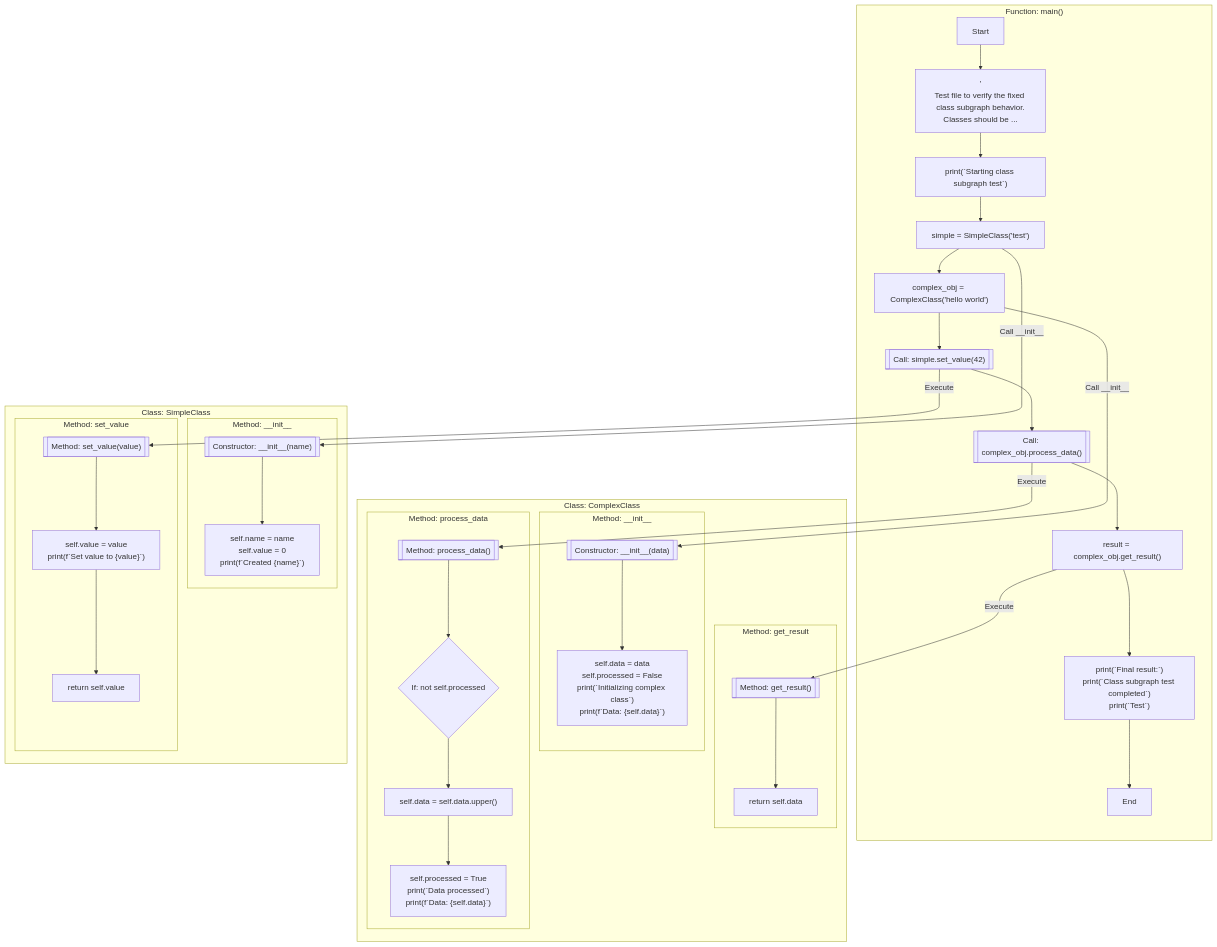
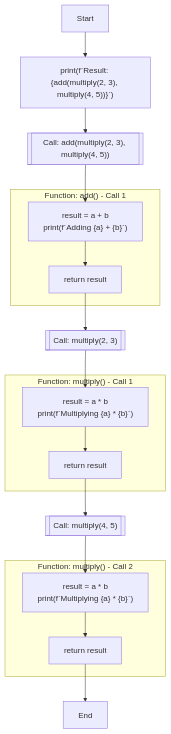
One commit to Leonardo8133/flowchart-machine changed the diagram in flowchart/temp/flowchart.mmd. Above: the diagram before and after it, drawn with Mermaid. The commit also changed 7 other files, not shown here.

Commit message:
Build v0.67 - Add recursion and print complex cases

```diff
--- a/flowchart/temp/flowchart.mmd
+++ b/flowchart/temp/flowchart.mmd
@@ -1,85 +1,40 @@
 graph TD
 	start1[Start]
 	end2[End]
-	expr3["'\nTest file to verify the fixed class subgraph behavior.\nClasses should be ..."]
-	print6["print(`Starting class subgraph test`)"]
-	assign7["simple = SimpleClass('test')"]
-	method___init__8[["Constructor: __init__(name)"]]
-	assign9["self.name = name\nself.value = 0\nprint(f`Created {name}`)"]
-	assign10["complex_obj = ComplexClass('hello world')"]
-	method___init__11[["Constructor: __init__(data)"]]
-	assign12["self.data = data\nself.processed = False\nprint(`Initializing complex class`)\nprint(f`Data: {self.data}`)"]
-	method_call13[["Call: simple.set_value(42)"]]
-	method_set_value14[["Method: set_value(value)"]]
-	assign15["self.value = value\nprint(f`Set value to {value}`)"]
-	return16["return self.value"]
-	method_call17[["Call: complex_obj.process_data()"]]
-	method_process_data18[["Method: process_data()"]]
-	if_cond19{"If: not self.processed"}
-	assign20["self.data = self.data.upper()"]
-	assign21["self.processed = True\nprint(`Data processed`)\nprint(f`Data: {self.data}`)"]
-	assign22["result = complex_obj.get_result()"]
-	method_get_result23[["Method: get_result()"]]
-	return24["return self.data"]
-	print25["print(`Final result:`)\nprint(`Class subgraph test completed`)\nprint(`Test`)"]
-subgraph "Function: main()"
-    start1[Start]
-    end2[End]
-    expr3["'\nTest file to verify the fixed class subgraph behavior.\nClasses should be ..."]
-    print6["print(`Starting class subgraph test`)"]
-    assign7["simple = SimpleClass('test')"]
-    assign10["complex_obj = ComplexClass('hello world')"]
-    method_call13[["Call: simple.set_value(42)"]]
-    method_call17[["Call: complex_obj.process_data()"]]
-    assign22["result = complex_obj.get_result()"]
-    print25["print(`Final result:`)\nprint(`Class subgraph test completed`)\nprint(`Test`)"]
+	print3["print(f`Result: {add(multiply(2, 3), multiply(4, 5))}`)"]
+	call_add_14[["Call: add(multiply(2, 3), multiply(4, 5))"]]
+	assign6["result = a + b\nprint(f`Adding {a} + {b}`)"]
+	return7["return result"]
+	call_multiply_18[["Call: multiply(2, 3)"]]
+	assign10["result = a * b\nprint(f`Multiplying {a} * {b}`)"]
+	return11["return result"]
+	call_multiply_212[["Call: multiply(4, 5)"]]
+	assign14["result = a * b\nprint(f`Multiplying {a} * {b}`)"]
+	return15["return result"]
+    print3["print(f`Result: {add(multiply(2, 3), multiply(4, 5))}`)"]
+    call_add_14[["Call: add(multiply(2, 3), multiply(4, 5))"]]
+    call_multiply_18[["Call: multiply(2, 3)"]]
+    call_multiply_212[["Call: multiply(4, 5)"]]
+subgraph "Function: add() - Call 1"
+    assign6["result = a + b\nprint(f`Adding {a} + {b}`)"]
+    return7["return result"]
 end
-subgraph "Class: ComplexClass"
-    subgraph "Method: __init__"
-        method___init__11[["Constructor: __init__(data)"]]
-        assign12["self.data = data\nself.processed = False\nprint(`Initializing complex class`)\nprint(f`Data: {self.data}`)"]
-    end
-    subgraph "Method: get_result"
-        method_get_result23[["Method: get_result()"]]
-        return24["return self.data"]
-    end
-    subgraph "Method: process_data"
-        method_process_data18[["Method: process_data()"]]
-        if_cond19{"If: not self.processed"}
-        assign20["self.data = self.data.upper()"]
-        assign21["self.processed = True\nprint(`Data processed`)\nprint(f`Data: {self.data}`)"]
-    end
+subgraph "Function: multiply() - Call 1"
+    assign10["result = a * b\nprint(f`Multiplying {a} * {b}`)"]
+    return11["return result"]
 end
-subgraph "Class: SimpleClass"
-    subgraph "Method: __init__"
-        method___init__8[["Constructor: __init__(name)"]]
-        assign9["self.name = name\nself.value = 0\nprint(f`Created {name}`)"]
-    end
-    subgraph "Method: set_value"
-        method_set_value14[["Method: set_value(value)"]]
-        assign15["self.value = value\nprint(f`Set value to {value}`)"]
-        return16["return self.value"]
-    end
+subgraph "Function: multiply() - Call 2"
+    assign14["result = a * b\nprint(f`Multiplying {a} * {b}`)"]
+    return15["return result"]
 end
-        start1 --> expr3
-        expr3 --> print6
-        print6 --> assign7
-        assign7 -->|Call __init__| method___init__8
-        method___init__8 --> assign9
-        assign7 --> assign10
-        assign10 -->|Call __init__| method___init__11
-        method___init__11 --> assign12
-        assign10 --> method_call13
-        method_call13 -->|Execute| method_set_value14
-        method_set_value14 --> assign15
-        assign15 --> return16
-        method_call13 --> method_call17
-        method_call17 -->|Execute| method_process_data18
-        method_process_data18 --> if_cond19
-        if_cond19 --> assign20
-        assign20 --> assign21
-        method_call17 --> assign22
-        assign22 -->|Execute| method_get_result23
-        method_get_result23 --> return24
-        assign22 --> print25
-        print25 --> end2
+    	start1 --> print3
+    	print3 --> call_add_14
+    	call_add_14 --> assign6
+    	assign6 --> return7
+    	return7 --> call_multiply_18
+    	call_multiply_18 --> assign10
+    	assign10 --> return11
+    	return11 --> call_multiply_212
+    	call_multiply_212 --> assign14
+    	assign14 --> return15
+    	return15 --> end2
```
